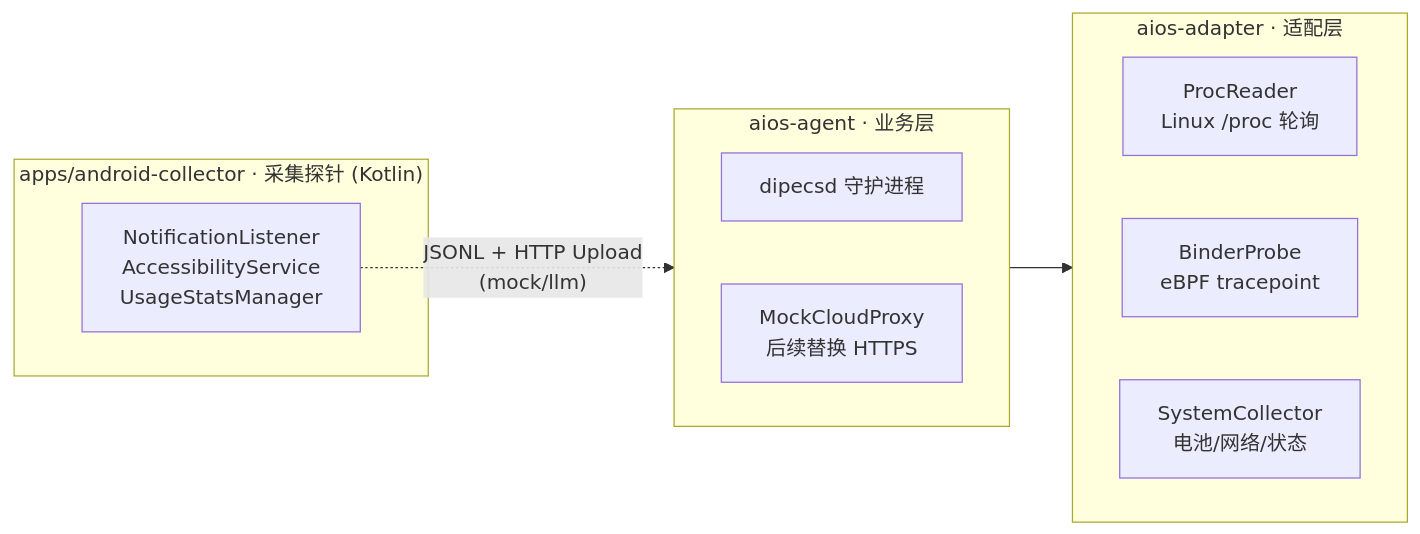
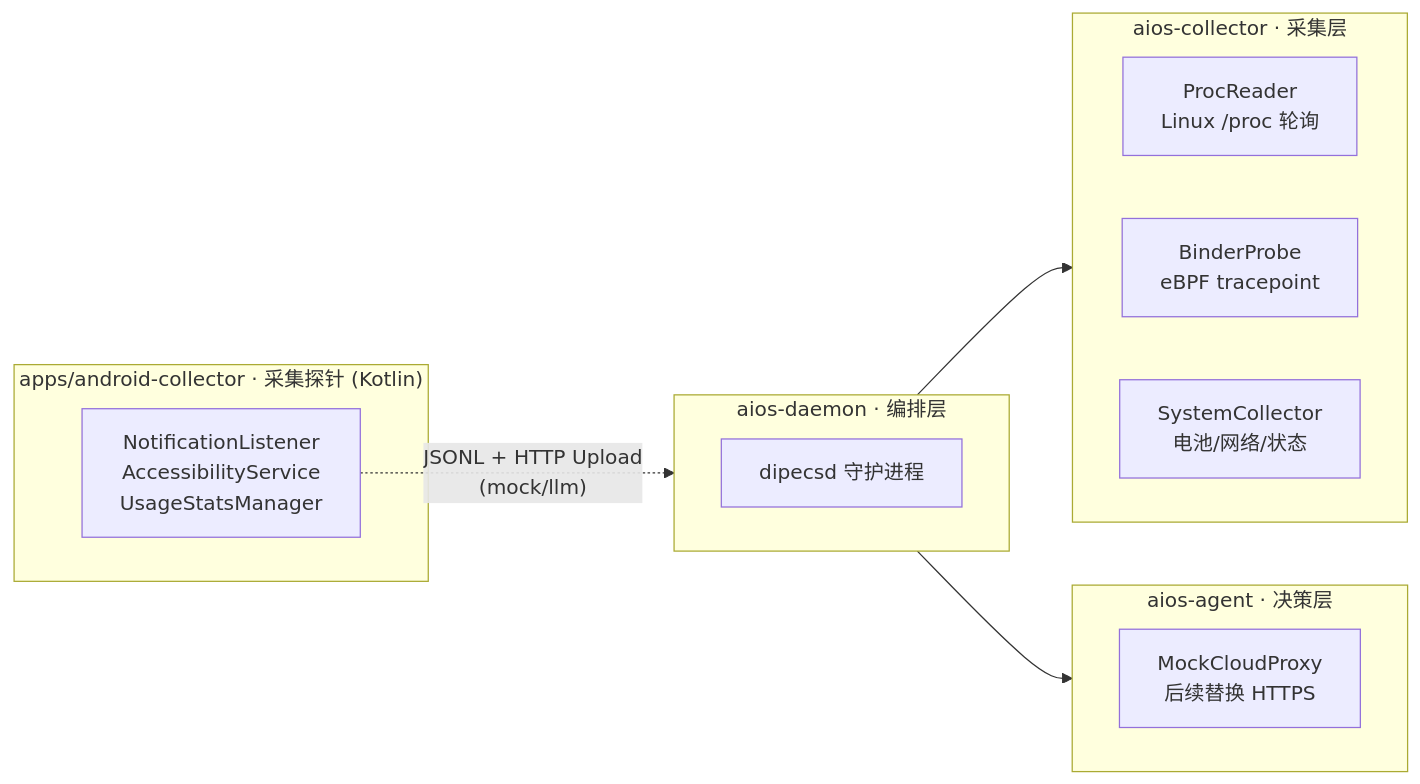
One commit to 114August514/DiPECS changed the fourth of 12 diagrams in docs/slides/midterm/slides.md. Above: the diagram before and after it, drawn with Mermaid. The commit also changed other lines of this file and 22 other files, not shown here.

````diff
--- a/docs/slides/midterm/slides.md
+++ b/docs/slides/midterm/slides.md
@@ -482,22 +486,27 @@
 ```mermaid {scale: 0.46}
 graph LR
     subgraph L6["apps/android-collector · 采集探针 (Kotlin)"]
         Collector["NotificationListener<br/>AccessibilityService<br/>UsageStatsManager"]
     end
 
-    subgraph L5["aios-agent · 业务层"]
+    subgraph L5["aios-daemon · 编排层"]
         direction LR
         Main["dipecsd 守护进程"]
+    end
+
+    subgraph L5A["aios-agent · 决策层"]
+        direction LR
         Cloud["MockCloudProxy<br/>后续替换 HTTPS"]
     end
 
-    subgraph L4["aios-adapter · 适配层"]
+    subgraph L4["aios-collector · 采集层"]
         direction LR
         Proc["ProcReader<br/>Linux /proc 轮询"]
         Binder["BinderProbe<br/>eBPF tracepoint"]
         SysCol["SystemCollector<br/>电池/网络/状态"]
     end
 
     Collector -.->|"JSONL + HTTP Upload<br/>(mock/llm)"| Main
     L5 --> L4
+    L5 --> L5A
 ```
````
